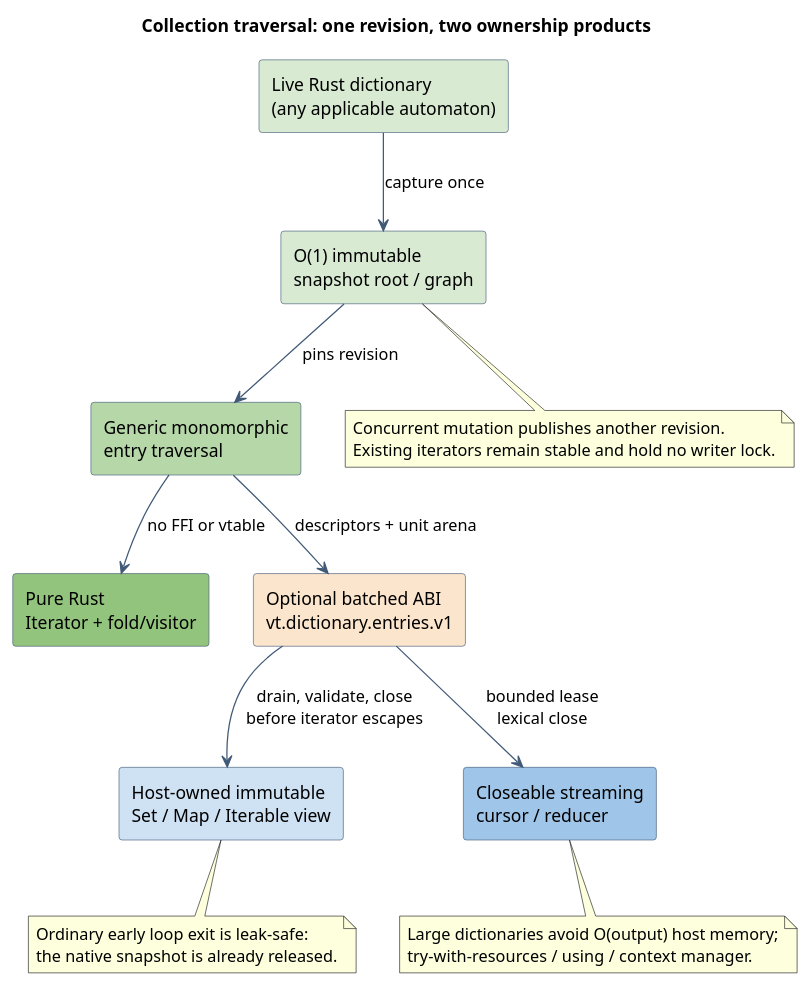
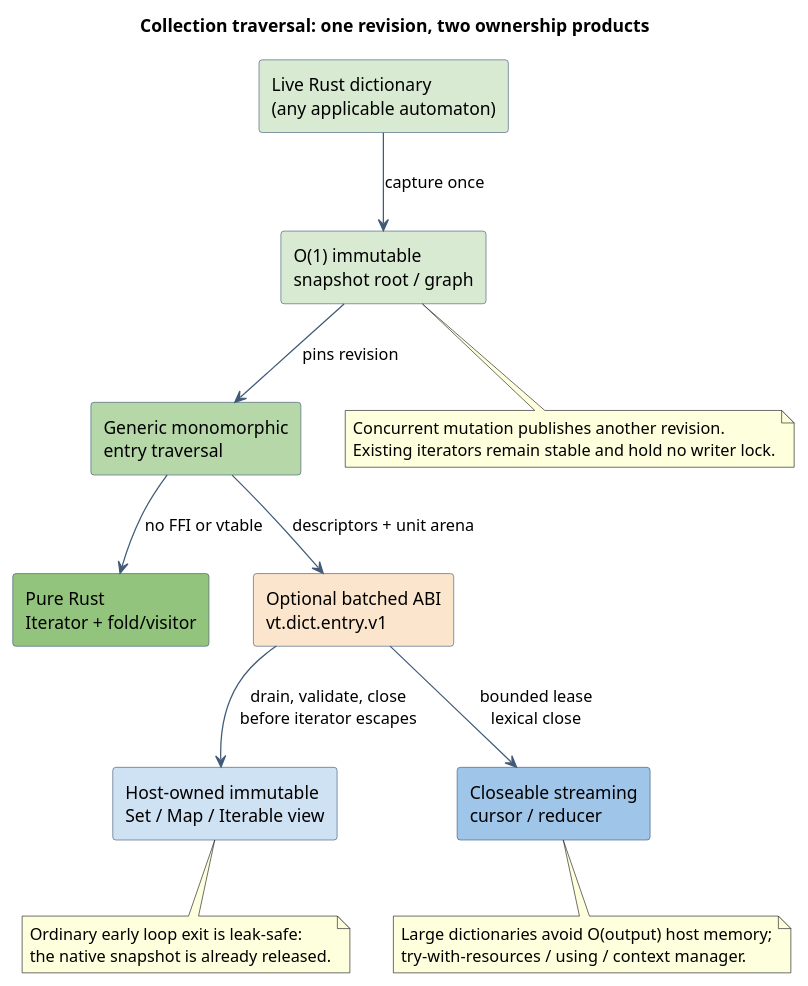
The diagram in docs/diagrams/bindings/collection-view-snapshot-flow.puml (vinary-tree/liblevenshtein-rust), drawn with PlantUML before and after one commit. The commit also changed 123 other files, not shown here.

```diff
--- a/docs/diagrams/bindings/collection-view-snapshot-flow.puml
+++ b/docs/diagrams/bindings/collection-view-snapshot-flow.puml
@@ -1,40 +1,40 @@
 @startuml
 skinparam backgroundColor transparent
 skinparam shadowing false
 skinparam defaultFontName SansSerif
 skinparam ArrowColor #415A77
 skinparam rectangleBorderColor #415A77
 skinparam rectangleBackgroundColor #F4F7FA
 
 title Collection traversal: one revision, two ownership products
 
 rectangle "Live Rust dictionary\n(any applicable automaton)" as live #D9EAD3
 rectangle "O(1) immutable\nsnapshot root / graph" as snap #D9EAD3
 rectangle "Generic monomorphic\nentry traversal" as walk #B6D7A8
 rectangle "Pure Rust\nIterator + fold/visitor" as rust #93C47D
-rectangle "Optional batched ABI\nvt.dictionary.entries.v1" as abi #FCE5CD
+rectangle "Optional batched ABI\nvt.dict.entry.v1" as abi #FCE5CD
 rectangle "Host-owned immutable\nSet / Map / Iterable view" as materialized #CFE2F3
 rectangle "Closeable streaming\ncursor / reducer" as stream #9FC5E8
 
 live --> snap : capture once
 snap --> walk : pins revision
 walk --> rust : no FFI or vtable
 walk --> abi : descriptors + unit arena
 abi --> materialized : drain, validate, close\nbefore iterator escapes
 abi --> stream : bounded lease\nlexical close
 
 note bottom of snap
 Concurrent mutation publishes another revision.
 Existing iterators remain stable and hold no writer lock.
 end note
 
 note bottom of materialized
 Ordinary early loop exit is leak-safe:
 the native snapshot is already released.
 end note
 
 note bottom of stream
 Large dictionaries avoid O(output) host memory;
 try-with-resources / using / context manager.
 end note
 @enduml
```
